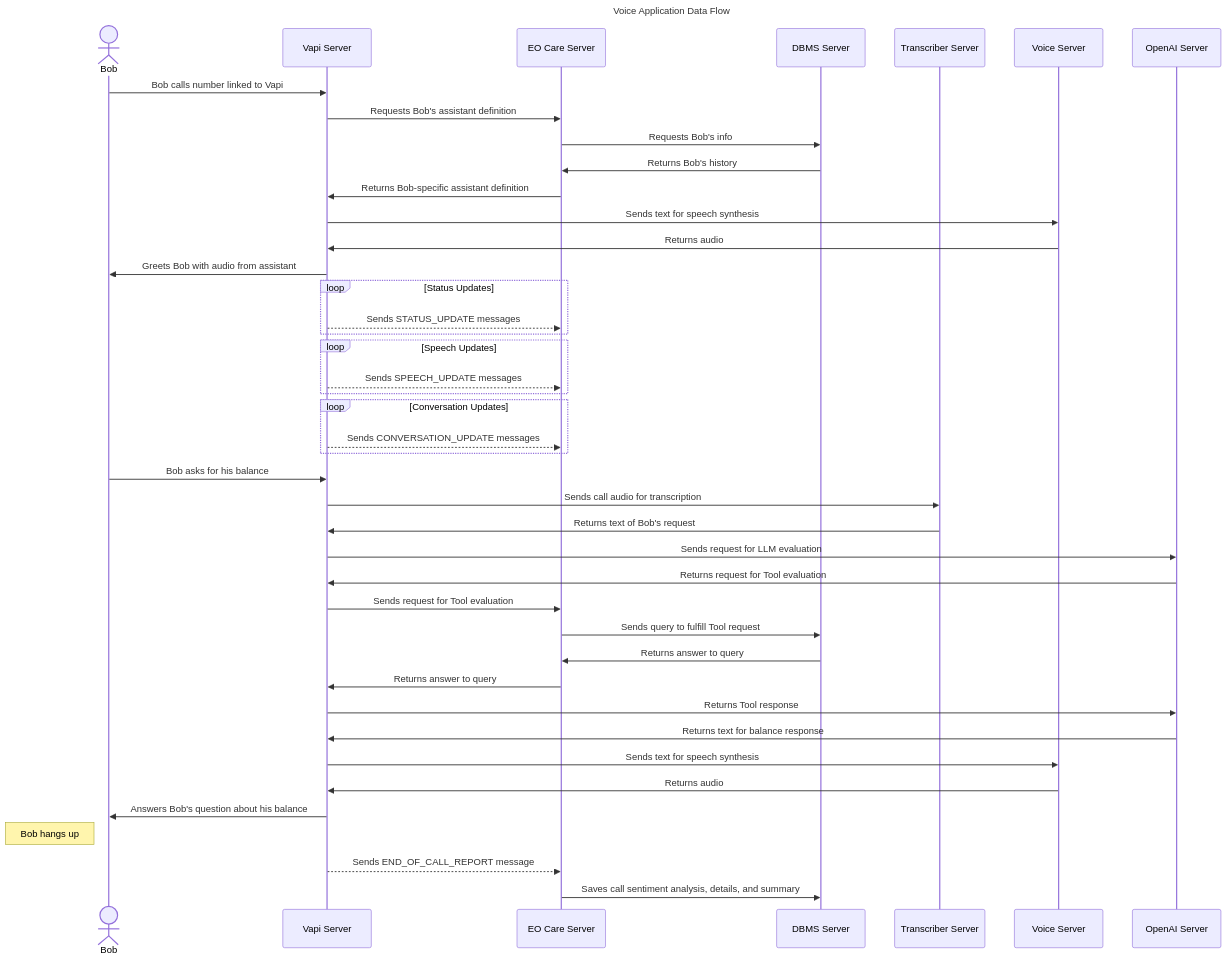
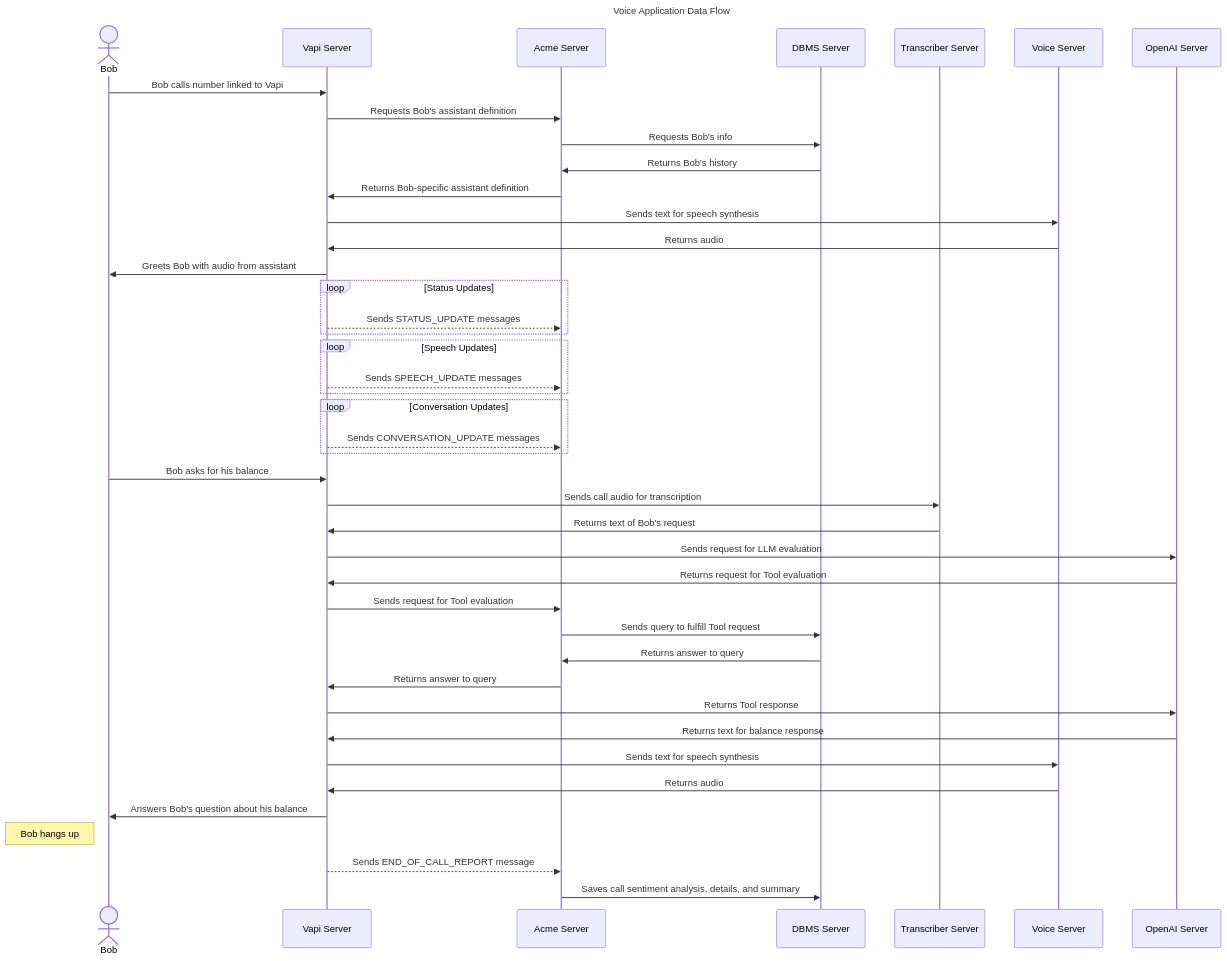
The diagram in notes/Call-Flow.mmd (mattbobambrose/vapi4k), drawn with Mermaid before and after one commit. The commit also changed 2 other files, not shown here.

```diff
--- a/notes/Call-Flow.mmd
+++ b/notes/Call-Flow.mmd
@@ -1,46 +1,46 @@
 sequenceDiagram
     title Voice Application Data Flow
     actor Bob
     participant vapi as Vapi Server
-    participant eocare as EO Care Server
+    participant acmr as Acme Server
     participant dbms as DBMS Server
     participant transcriber as Transcriber Server
     participant voice as Voice Server
     participant openai as OpenAI Server
     Bob ->> vapi: Bob calls number linked to Vapi
-    vapi ->> eocare: Requests Bob's assistant definition
-    eocare ->> dbms: Requests Bob's info
-    dbms ->> eocare: Returns Bob's history
-    eocare ->> vapi: Returns Bob-specific assistant definition
+    vapi ->> acmr: Requests Bob's assistant definition
+    acmr ->> dbms: Requests Bob's info
+    dbms ->> acmr: Returns Bob's history
+    acmr ->> vapi: Returns Bob-specific assistant definition
     vapi ->> voice: Sends text for speech synthesis
     voice ->> vapi: Returns audio
     vapi ->> Bob: Greets Bob with audio from assistant
 
     loop Status Updates
-        vapi -->> eocare: Sends STATUS_UPDATE messages
+        vapi -->> acmr: Sends STATUS_UPDATE messages
     end
     loop Speech Updates
-        vapi -->> eocare: Sends SPEECH_UPDATE messages
+        vapi -->> acmr: Sends SPEECH_UPDATE messages
     end
     loop Conversation Updates
-        vapi -->> eocare: Sends CONVERSATION_UPDATE messages
+        vapi -->> acmr: Sends CONVERSATION_UPDATE messages
     end
 
     Bob ->> vapi: Bob asks for his balance
     vapi ->> transcriber: Sends call audio for transcription
     transcriber ->> vapi: Returns text of Bob's request
     vapi ->> openai: Sends request for LLM evaluation
     openai ->> vapi: Returns request for Tool evaluation
-    vapi ->> eocare: Sends request for Tool evaluation
-    eocare ->> dbms: Sends query to fulfill Tool request
-    dbms ->> eocare: Returns answer to query
-    eocare ->> vapi: Returns answer to query
+    vapi ->> acmr: Sends request for Tool evaluation
+    acmr ->> dbms: Sends query to fulfill Tool request
+    dbms ->> acmr: Returns answer to query
+    acmr ->> vapi: Returns answer to query
     vapi ->> openai: Returns Tool response
     openai ->> vapi: Returns text for balance response
-%%    vapi -->> eocare: Sends TOOL_CALL message
+%%    vapi -->> acme: Sends TOOL_CALL message
     vapi ->> voice: Sends text for speech synthesis
     voice ->> vapi: Returns audio
     vapi ->> Bob: Answers Bob's question about his balance
     Note left of Bob: Bob hangs up
-    vapi -->> eocare: Sends END_OF_CALL_REPORT message
-    eocare ->> dbms: Saves call sentiment analysis, details, and summary
+    vapi -->> acmr: Sends END_OF_CALL_REPORT message
+    acmr ->> dbms: Saves call sentiment analysis, details, and summary
```
